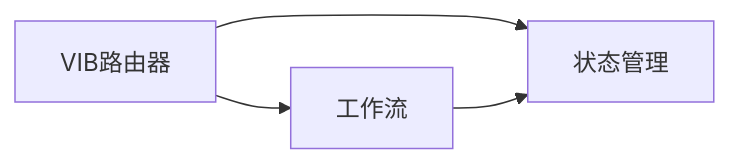
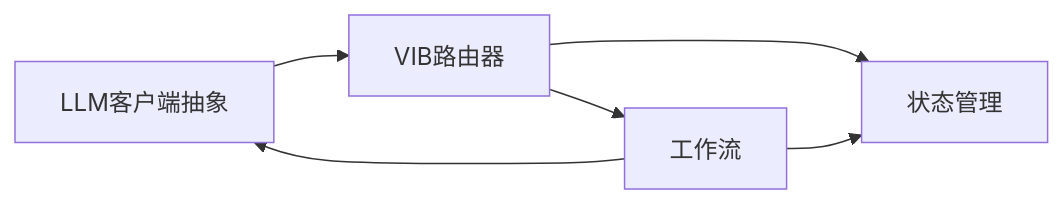
Before and after one commit to QuStarry/VIB-SparseCommunication: the seventh of 7 diagrams in .qoder/repowiki/zh/content/API参考文档/API参考文档.md, drawn with Mermaid. The commit also changed other lines of this file and 28 other files, not shown here.

````diff
--- a/.qoder/repowiki/zh/content/API参考文档/API参考文档.md
+++ b/.qoder/repowiki/zh/content/API参考文档/API参考文档.md
@@ -313,6 +442,8 @@
 ```mermaid
 graph LR
-Router["VIB路由器"] --> State["状态管理"]
+LLM["LLM客户端抽象"] --> Router["VIB路由器"]
+Router --> State["状态管理"]
 Router --> Workflow["工作流"]
 Workflow --> State
+Workflow --> LLM
 ```
````
